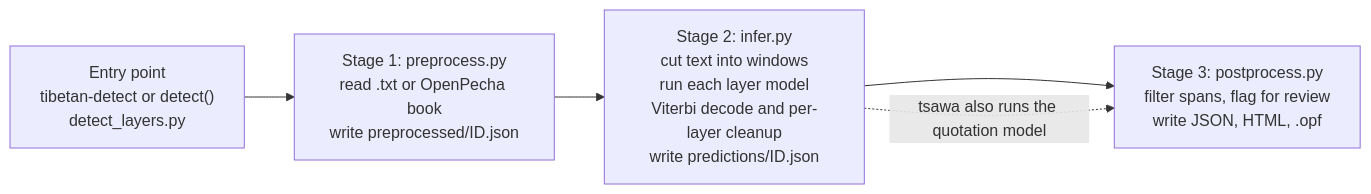
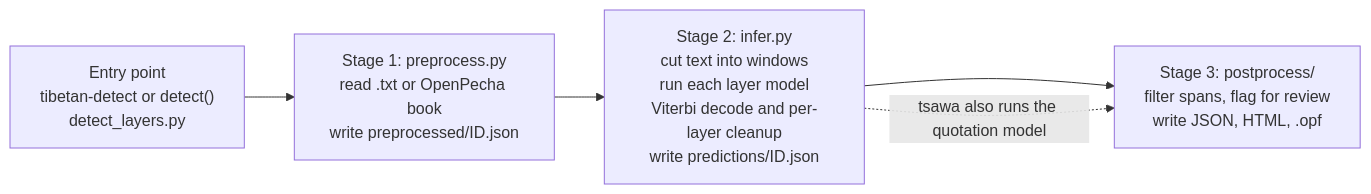
Before and after one commit to tenzinyonten/tibetan-layer-detection-pipeline: the first of 2 diagrams in docs/postprocessing_flow.md, drawn with Mermaid. The commit also changed other lines of this file and 4 other files, not shown here.

````diff
--- a/docs/postprocessing_flow.md
+++ b/docs/postprocessing_flow.md
@@ -8,8 +8,8 @@
 ```mermaid
 flowchart LR
     A["Entry point<br/>tibetan-detect or detect()<br/>detect_layers.py"] --> S1
     S1["Stage 1: preprocess.py<br/>read .txt or OpenPecha book<br/>write preprocessed/ID.json"] --> S2
     S2["Stage 2: infer.py<br/>cut text into windows<br/>run each layer model<br/>Viterbi decode and per-layer cleanup<br/>write predictions/ID.json"] --> S3
-    S3["Stage 3: postprocess.py<br/>filter spans, flag for review<br/>write JSON, HTML, .opf"]
+    S3["Stage 3: postprocess/<br/>filter spans, flag for review<br/>write JSON, HTML, .opf"]
     S2 -. "tsawa also runs the quotation model" .-> S3
 ```
````
